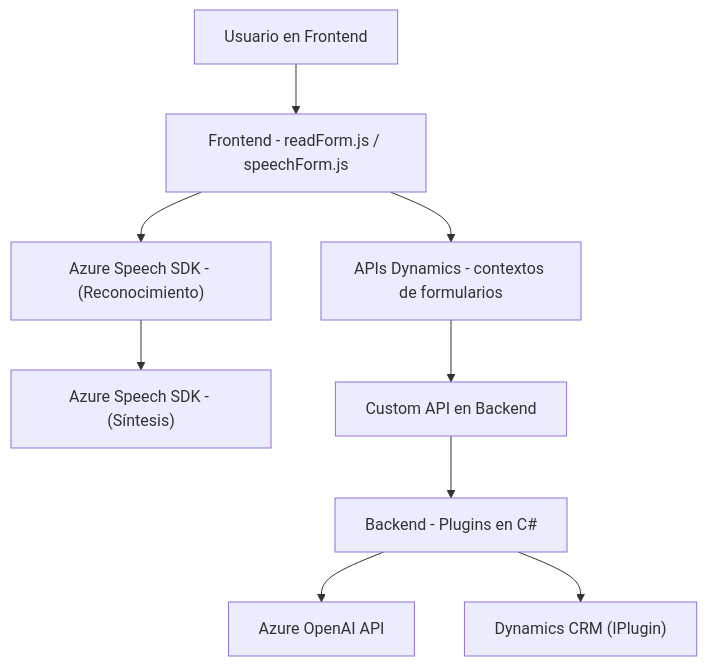
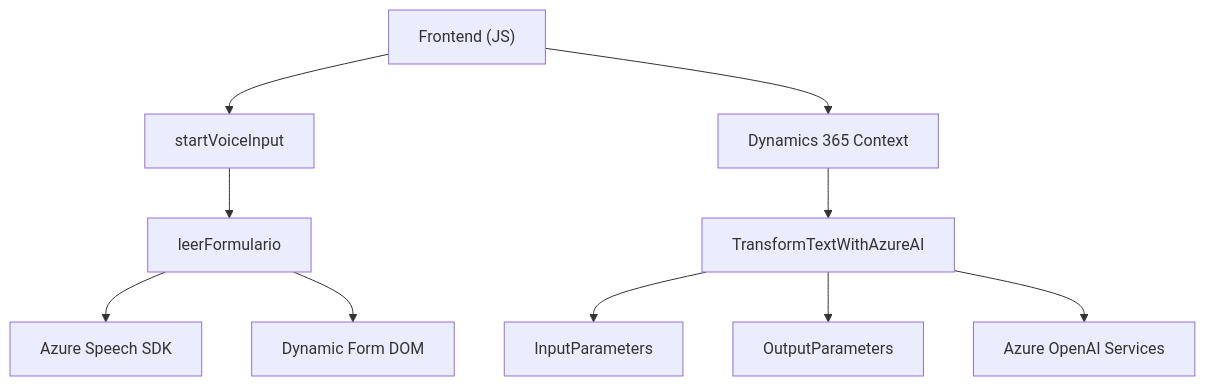
The diagram in README.md (blopezdm/NETCORE_BILBAO2025), drawn with Mermaid before and after one commit. The commit also changed other lines of this file, not shown here.

````diff
--- a/README.md
+++ b/README.md
@@ -45,11 +59,26 @@
 ```mermaid
 graph TD
-    A["Usuario en Frontend"] --> B["Frontend - readForm.js / speechForm.js"]
-    B --> C["Azure Speech SDK - (Reconocimiento)"]
-    B --> D["APIs Dynamics - contextos de formularios"]
-    C --> E["Azure Speech SDK - (Síntesis)"]
-    D --> F["Custom API en Backend"]
-    F --> G["Backend - Plugins en C#"]
-    G --> I["Azure OpenAI API"]
-    G --> J["Dynamics CRM (IPlugin)"]
+    A["Frontend (JS)"]
+    A1["startVoiceInput"]
+    A2["leerFormulario"]
+    A3["Azure Speech SDK"]
+    A4["Dynamic Form DOM"]
+
+    B["Backend (C# Dynamics Plugin)"]
+    B1["TransformTextWithAzureAI"]
+    B2["InputParameters"]
+    B3["OutputParameters"]
+    B4["Azure OpenAI Services"]
+
+    A --> A1
+    A1 --> A2
+    A2 --> A3
+    A2 --> A4
+
+    B --> B1
+    B1 --> B2
+    B1 --> B3
+    B1 --> B4
+
+    A --> B["Dynamics 365 Context"]
 ```
````
